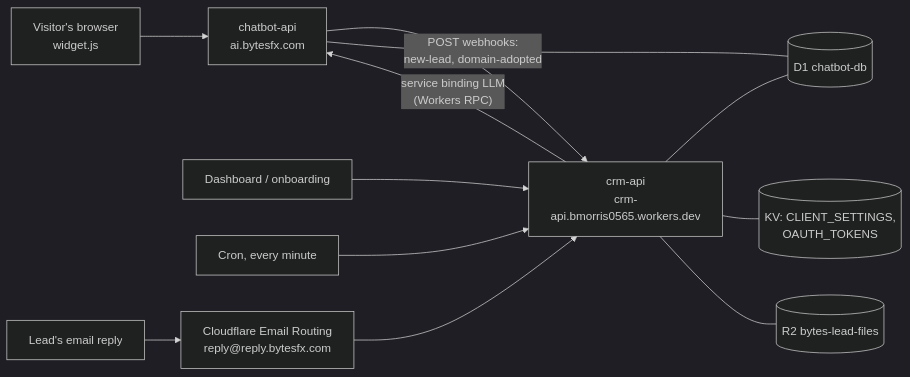
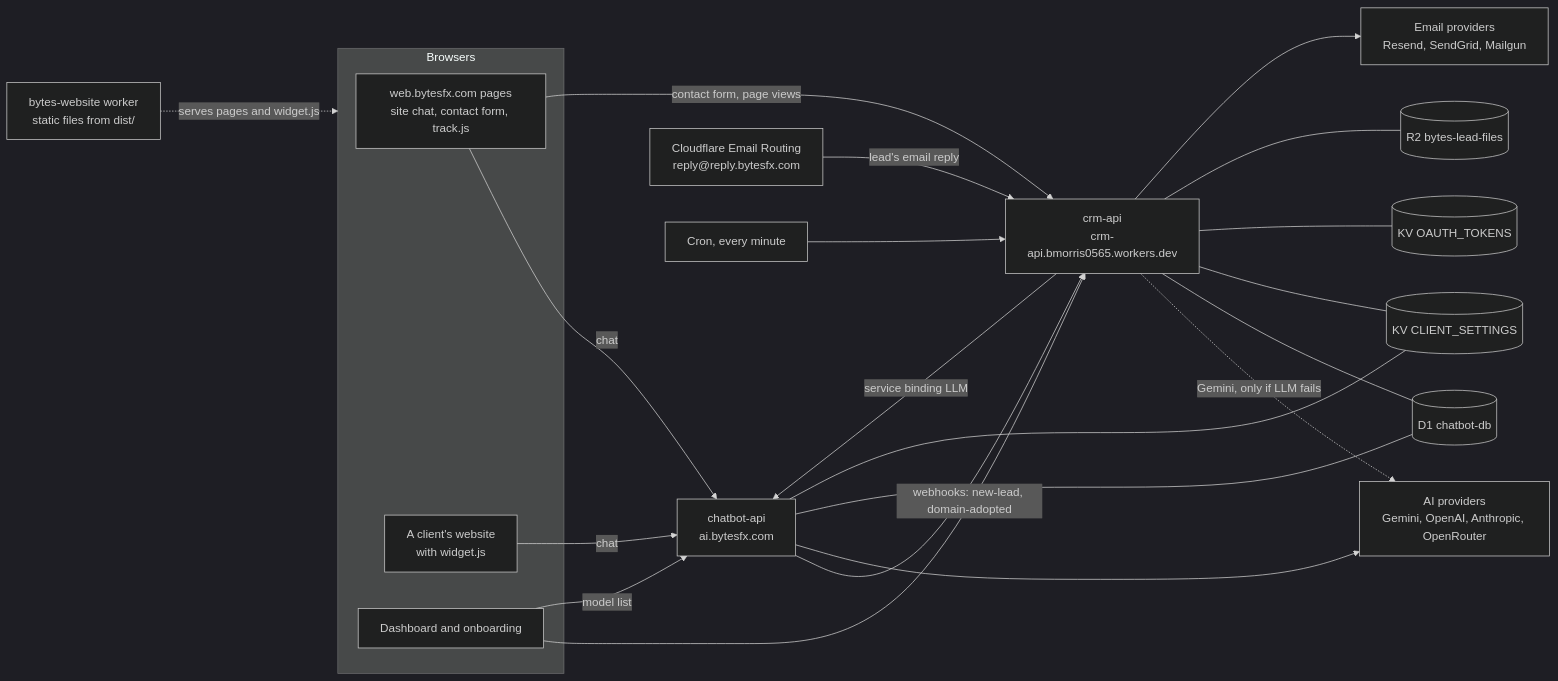
One commit to jared0565/Bytes-Web changed the first of 3 diagrams in docs/knowledge-base.md. Above: the diagram before and after it, drawn with Mermaid (dark theme). The commit also changed other lines of this file and 12 other files, not shown here.

````diff
--- a/docs/knowledge-base.md
+++ b/docs/knowledge-base.md
@@ -96,13 +101,39 @@
 ```mermaid
 flowchart LR
-  visitor["Visitor's browser<br/>widget.js"] --> chat["chatbot-api<br/>ai.bytesfx.com"]
-  dash["Dashboard / onboarding"] --> crm["crm-api<br/>crm-api.bmorris0565.workers.dev"]
-  chat -- "POST webhooks:<br/>new-lead, domain-adopted" --> crm
-  crm -- "service binding LLM<br/>(Workers RPC)" --> chat
-  chat --- d1[("D1 chatbot-db")]
+  subgraph browsers["Browsers"]
+    site["web.bytesfx.com pages<br/>site chat, contact form, track.js"]
+    widget["A client's website<br/>with widget.js"]
+    dash["Dashboard and onboarding"]
+  end
+  assets["bytes-website worker<br/>static files from dist/"]
+  chat["chatbot-api<br/>ai.bytesfx.com"]
+  crm["crm-api<br/>crm-api.bmorris0565.workers.dev"]
+  d1[("D1 chatbot-db")]
+  kvs[("KV CLIENT_SETTINGS")]
+  kvo[("KV OAUTH_TOKENS")]
+  r2[("R2 bytes-lead-files")]
+  ai["AI providers<br/>Gemini, OpenAI, Anthropic, OpenRouter"]
+  mail["Email providers<br/>Resend, SendGrid, Mailgun"]
+  routing["Cloudflare Email Routing<br/>reply@reply.bytesfx.com"]
+  cron["Cron, every minute"]
+
+  assets -. "serves pages and widget.js" .-> browsers
+  site -- chat --> chat
+  widget -- chat --> chat
+  site -- "contact form, page views" --> crm
+  dash --> crm
+  dash -- "model list" --> chat
+  chat -- "webhooks: new-lead, domain-adopted" --> crm
+  crm -- "service binding LLM" --> chat
+  chat --> ai
+  crm -. "Gemini, only if LLM fails" .-> ai
+  chat --- d1
+  chat --- kvs
   crm --- d1
-  crm --- kv[("KV: CLIENT_SETTINGS,<br/>OAUTH_TOKENS")]
-  crm --- r2[("R2 bytes-lead-files")]
-  cron["Cron, every minute"] --> crm
-  reply["Lead's email reply"] --> routing["Cloudflare Email Routing<br/>reply@reply.bytesfx.com"] --> crm
+  crm --- kvs
+  crm --- kvo
+  crm --- r2
+  crm --> mail
+  routing -- "lead's email reply" --> crm
+  cron --> crm
 ```
````
